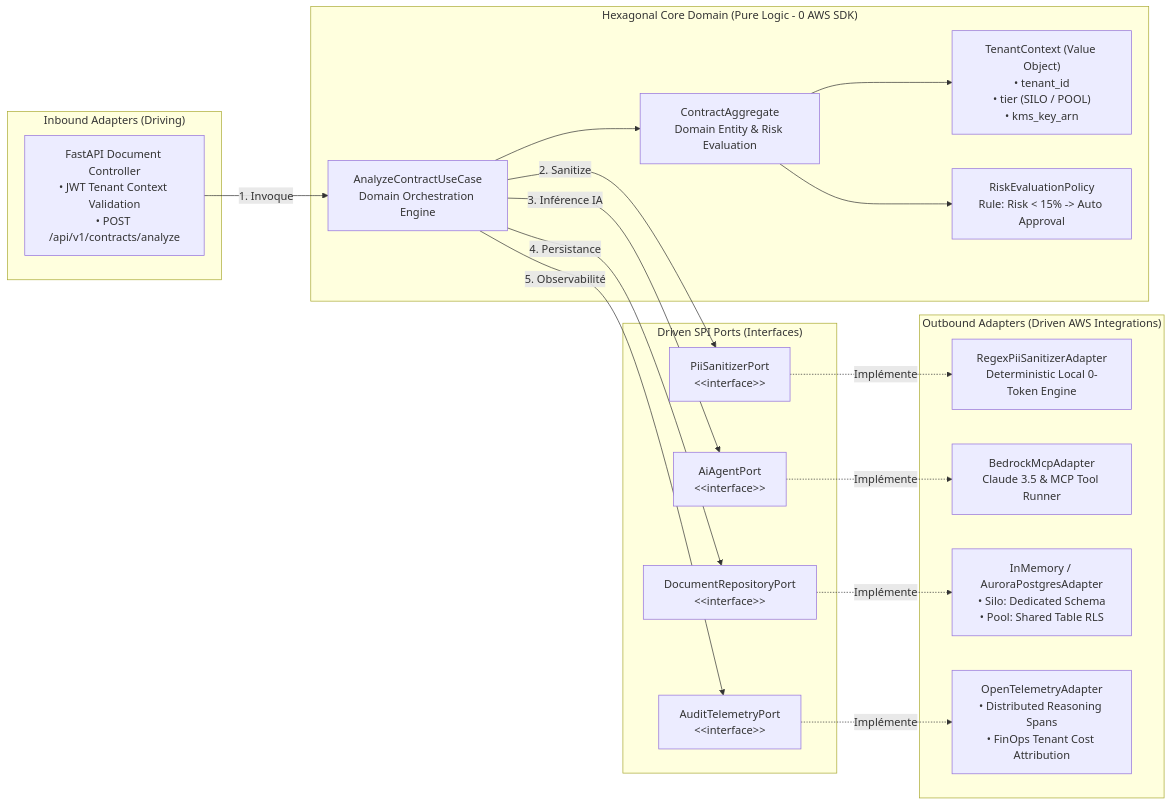
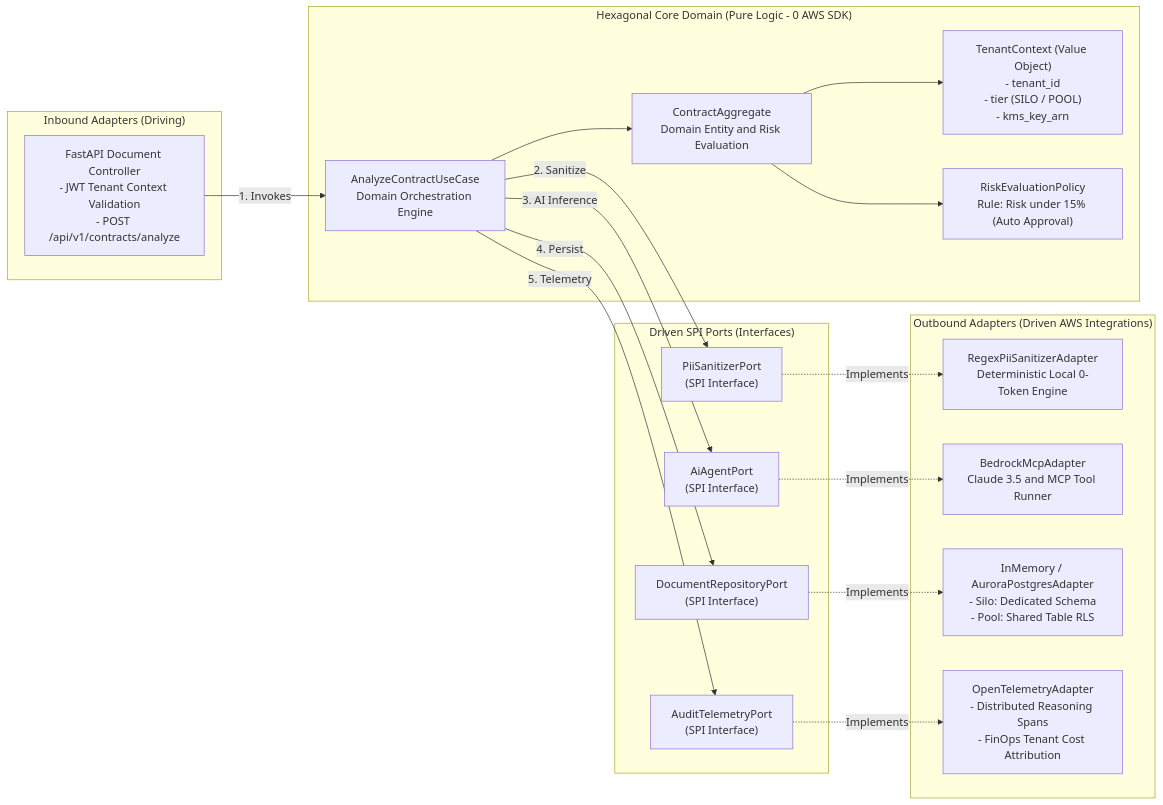
One commit to widadsaghir/aws-saas-multi-tenant-bedrock-accelerator changed the third of 4 diagrams in README.md. Above: the diagram before and after it, drawn with Mermaid. The commit also changed other lines of this file and 8 other files, not shown here.

Commit message:
docs(architecture): fix Mermaid syntax and synchronize C4 diagrams in 3 formats

````diff
--- a/README.md
+++ b/README.md
@@ -119,41 +119,41 @@
 ```mermaid
 flowchart LR
     subgraph Inbound ["Inbound Adapters (Driving)"]
-        FastApiCtrl["FastAPI Document Controller<br/>• JWT Tenant Context Validation<br/>• POST /api/v1/contracts/analyze"]
+        FastApiCtrl["FastAPI Document Controller<br/>- JWT Tenant Context Validation<br/>- POST /api/v1/contracts/analyze"]
     end
 
     subgraph Core ["Hexagonal Core Domain (Pure Logic - 0 AWS SDK)"]
         UseCase["AnalyzeContractUseCase<br/>Domain Orchestration Engine"]
-        Aggregate["ContractAggregate<br/>Domain Entity & Risk Evaluation"]
-        TenantVO["TenantContext (Value Object)<br/>• tenant_id<br/>• tier (SILO / POOL)<br/>• kms_key_arn"]
-        Policy["RiskEvaluationPolicy<br/>Rule: Risk < 15% -> Auto Approval"]
+        Aggregate["ContractAggregate<br/>Domain Entity and Risk Evaluation"]
+        TenantVO["TenantContext (Value Object)<br/>- tenant_id<br/>- tier (SILO / POOL)<br/>- kms_key_arn"]
+        Policy["RiskEvaluationPolicy<br/>Rule: Risk under 15% (Auto Approval)"]
     end
 
     subgraph Ports ["Driven SPI Ports (Interfaces)"]
-        PiiPort["PiiSanitizerPort<br/>&lt;&lt;interface&gt;&gt;"]
-        AiPort["AiAgentPort<br/>&lt;&lt;interface&gt;&gt;"]
-        RepoPort["DocumentRepositoryPort<br/>&lt;&lt;interface&gt;&gt;"]
-        OtelPort["AuditTelemetryPort<br/>&lt;&lt;interface&gt;&gt;"]
+        PiiPort["PiiSanitizerPort<br/>(SPI Interface)"]
+        AiPort["AiAgentPort<br/>(SPI Interface)"]
+        RepoPort["DocumentRepositoryPort<br/>(SPI Interface)"]
+        OtelPort["AuditTelemetryPort<br/>(SPI Interface)"]
     end
 
     subgraph Outbound ["Outbound Adapters (Driven AWS Integrations)"]
         SanitizerAdapter["RegexPiiSanitizerAdapter<br/>Deterministic Local 0-Token Engine"]
-        BedrockAdapter["BedrockMcpAdapter<br/>Claude 3.5 & MCP Tool Runner"]
-        AuroraAdapter["InMemory / AuroraPostgresAdapter<br/>• Silo: Dedicated Schema<br/>• Pool: Shared Table RLS"]
-        OtelAdapter["OpenTelemetryAdapter<br/>• Distributed Reasoning Spans<br/>• FinOps Tenant Cost Attribution"]
+        BedrockAdapter["BedrockMcpAdapter<br/>Claude 3.5 and MCP Tool Runner"]
+        AuroraAdapter["InMemory / AuroraPostgresAdapter<br/>- Silo: Dedicated Schema<br/>- Pool: Shared Table RLS"]
+        OtelAdapter["OpenTelemetryAdapter<br/>- Distributed Reasoning Spans<br/>- FinOps Tenant Cost Attribution"]
     end
 
-    FastApiCtrl -->|1. Invoque| UseCase
+    FastApiCtrl -->|1. Invokes| UseCase
     UseCase --> Aggregate
     Aggregate --> TenantVO
     Aggregate --> Policy
     UseCase -->|2. Sanitize| PiiPort
-    UseCase -->|3. Inférence IA| AiPort
-    UseCase -->|4. Persistance| RepoPort
-    UseCase -->|5. Observabilité| OtelPort
+    UseCase -->|3. AI Inference| AiPort
+    UseCase -->|4. Persist| RepoPort
+    UseCase -->|5. Telemetry| OtelPort
 
-    PiiPort -.->|Implémente| SanitizerAdapter
-    AiPort -.->|Implémente| BedrockAdapter
-    RepoPort -.->|Implémente| AuroraAdapter
-    OtelPort -.->|Implémente| OtelAdapter
+    PiiPort -.->|Implements| SanitizerAdapter
+    AiPort -.->|Implements| BedrockAdapter
+    RepoPort -.->|Implements| AuroraAdapter
+    OtelPort -.->|Implements| OtelAdapter
 ```
````
